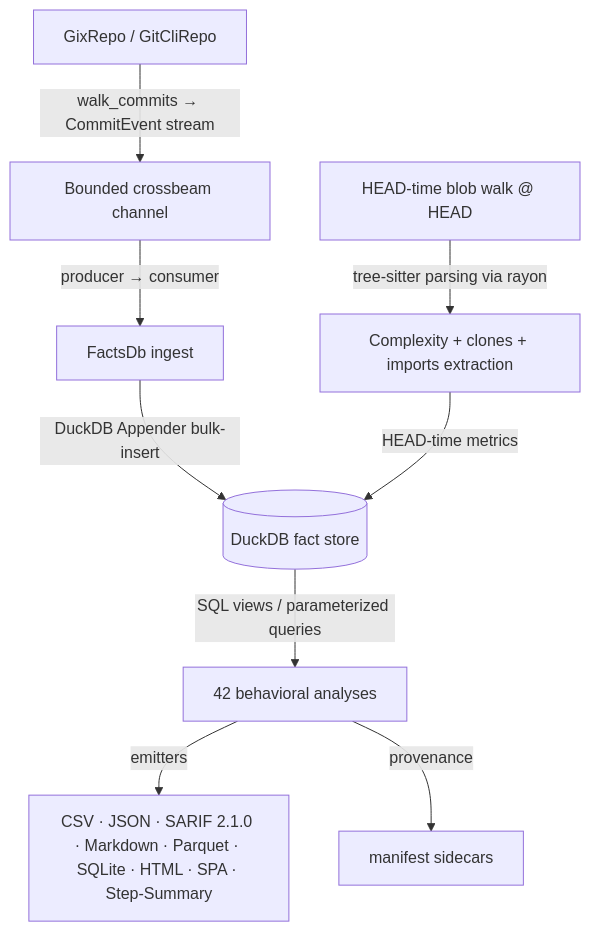
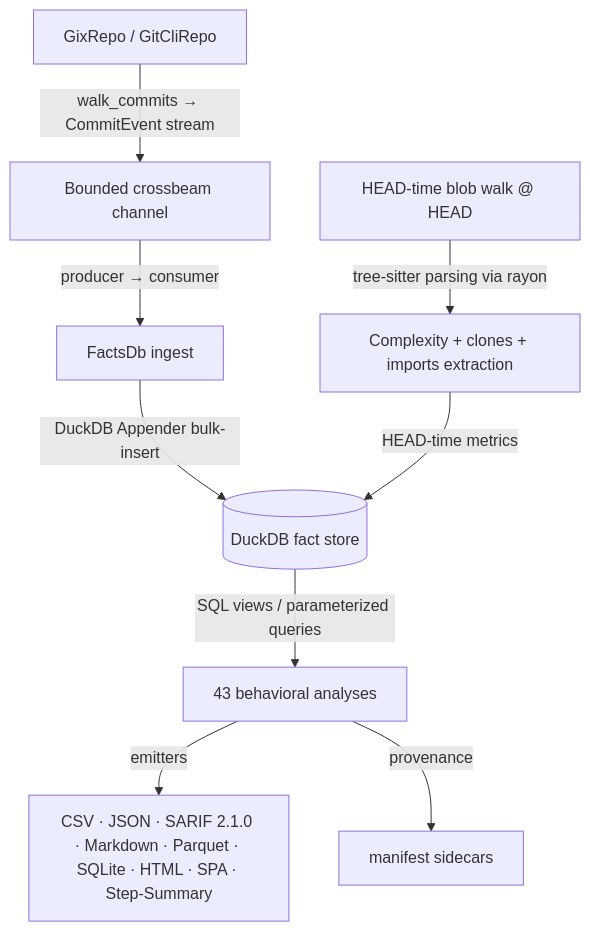
One commit to emrecdr/codelore changed the diagram in docs/codebase_analysis.md. Above: the diagram before and after it, drawn with Mermaid. The commit also changed other lines of this file and 6 other files, not shown here.

````diff
--- a/docs/codebase_analysis.md
+++ b/docs/codebase_analysis.md
@@ -29,11 +29,11 @@
 ```mermaid
 graph TD
     A[GixRepo / GitCliRepo] -->|walk_commits → CommitEvent stream| B[Bounded crossbeam channel]
     B -->|producer → consumer| C[FactsDb ingest]
     C -->|DuckDB Appender bulk-insert| D[(DuckDB fact store)]
     E[HEAD-time blob walk @ HEAD] -->|tree-sitter parsing via rayon| F[Complexity + clones + imports extraction]
     F -->|HEAD-time metrics| D
-    D -->|SQL views / parameterized queries| G[42 behavioral analyses]
+    D -->|SQL views / parameterized queries| G[43 behavioral analyses]
     G -->|emitters| H[CSV · JSON · SARIF 2.1.0 · Markdown · Parquet · SQLite · HTML · SPA · Step-Summary]
     G -->|provenance| I[manifest sidecars]
 ```
````
